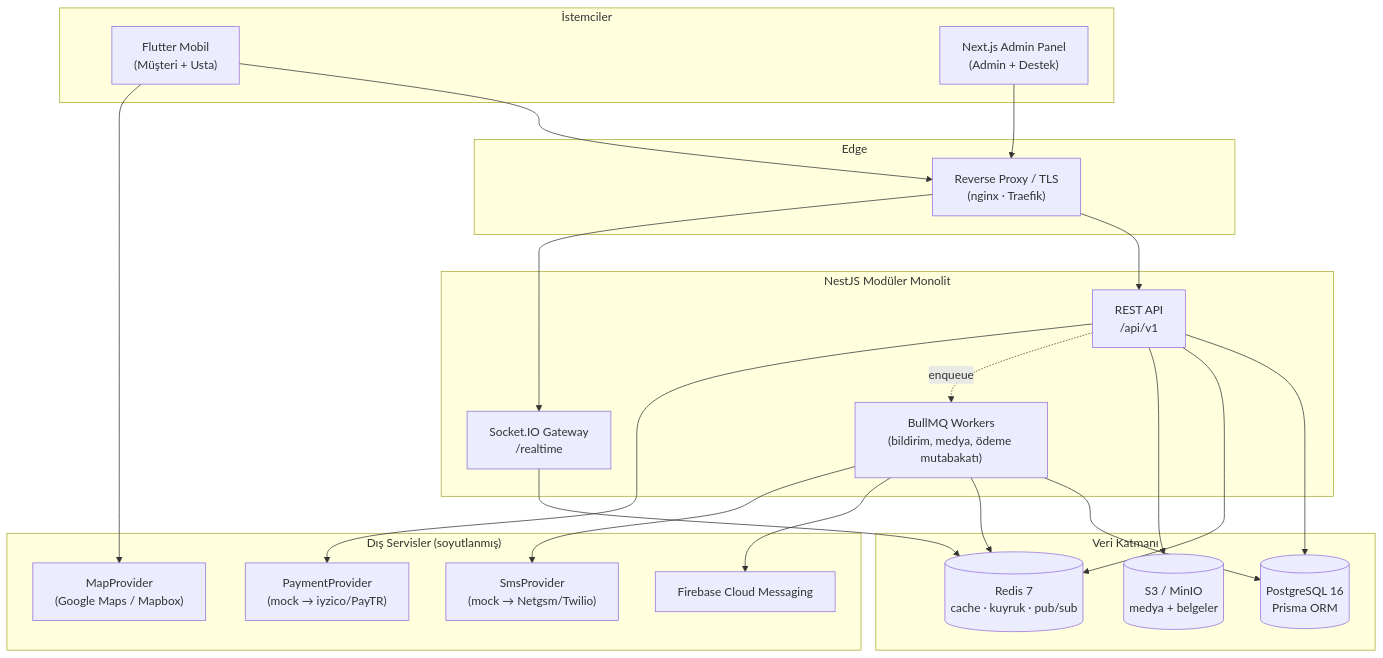
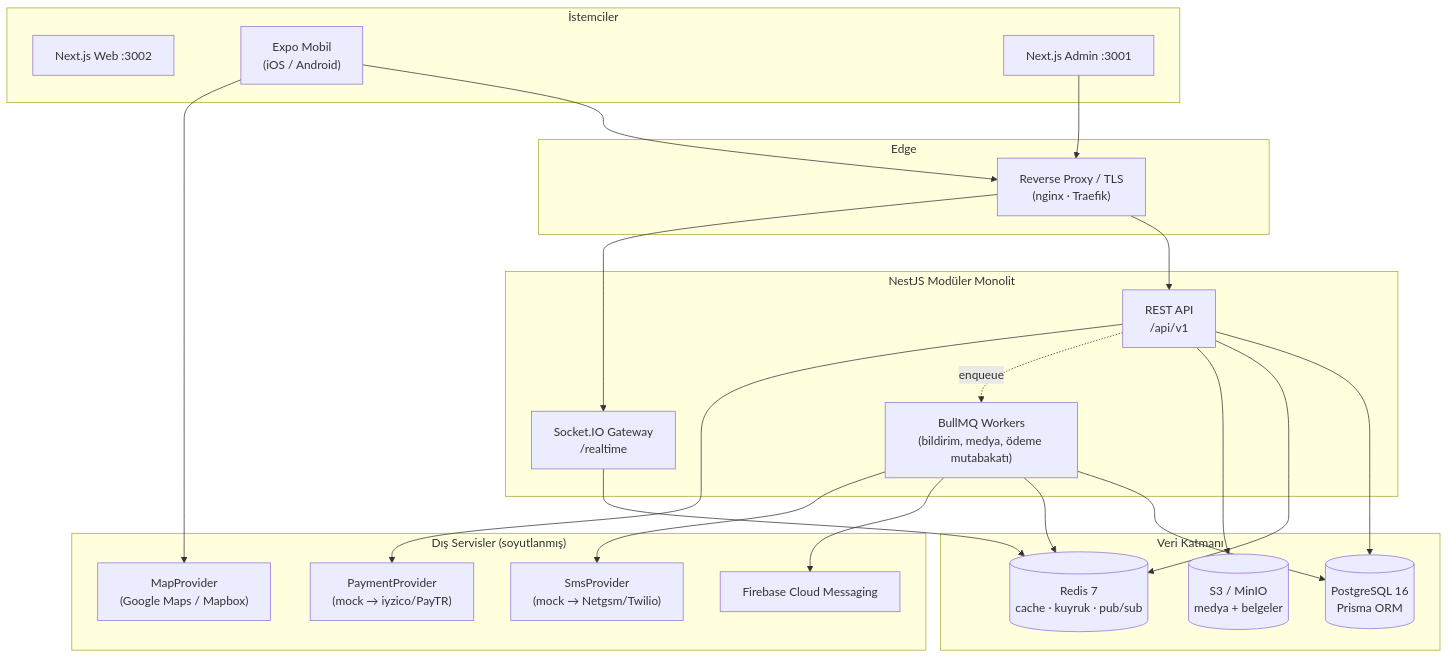
The diagram in docs/01-architecture.md (haydarogluburak9-ops/talpio), drawn with Mermaid before and after one commit. The commit also changed other lines of this file and 815 other files, not shown here.

````diff
--- a/docs/01-architecture.md
+++ b/docs/01-architecture.md
@@ -13,46 +10,47 @@
 ```mermaid
 flowchart TB
     subgraph Clients["İstemciler"]
-        MOB["Flutter Mobil<br/>(Müşteri + Usta)"]
-        ADM["Next.js Admin Panel<br/>(Admin + Destek)"]
+        WEB["Next.js Web :3002"]
+        MOB["Expo Mobil<br/>(iOS / Android)"]
+        ADM["Next.js Admin :3001"]
     end
 
     subgraph Edge["Edge"]
         RP["Reverse Proxy / TLS<br/>(nginx · Traefik)"]
     end
 
     subgraph API["NestJS Modüler Monolit"]
         REST["REST API<br/>/api/v1"]
         WS["Socket.IO Gateway<br/>/realtime"]
         WRK["BullMQ Workers<br/>(bildirim, medya, ödeme mutabakatı)"]
     end
 
     subgraph Data["Veri Katmanı"]
         PG[("PostgreSQL 16<br/>Prisma ORM")]
         RD[("Redis 7<br/>cache · kuyruk · pub/sub")]
         S3[("S3 / MinIO<br/>medya + belgeler")]
     end
 
     subgraph External["Dış Servisler (soyutlanmış)"]
         FCM["Firebase Cloud Messaging"]
         PAY["PaymentProvider<br/>(mock → iyzico/PayTR)"]
         SMS["SmsProvider<br/>(mock → Netgsm/Twilio)"]
         MAP["MapProvider<br/>(Google Maps / Mapbox)"]
     end
 
     MOB --> RP
     ADM --> RP
     RP --> REST
     RP --> WS
     REST --> PG
     REST --> RD
     REST --> S3
     WS --> RD
     WRK --> PG
     WRK --> RD
     REST -.enqueue.-> WRK
     WRK --> FCM
     REST --> PAY
     WRK --> SMS
     MOB --> MAP
 ```
````
